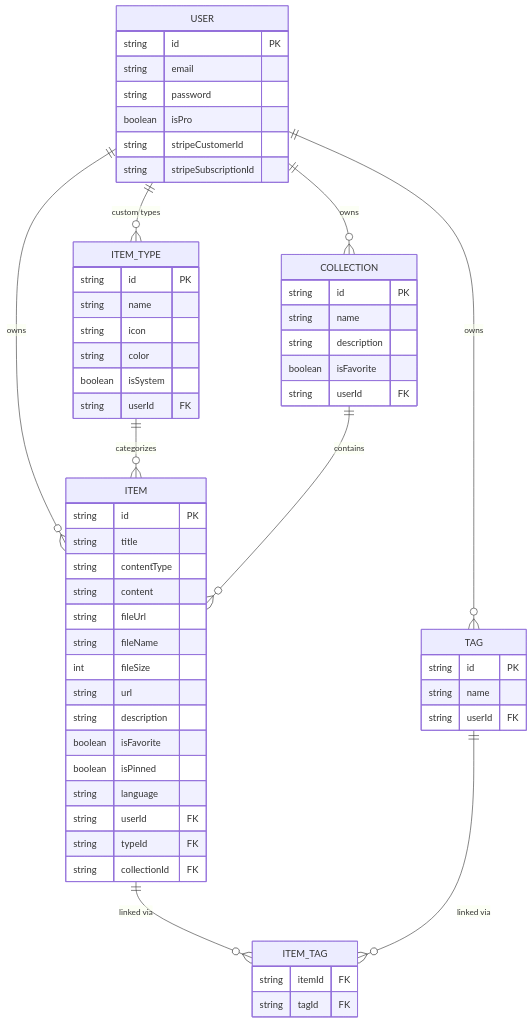
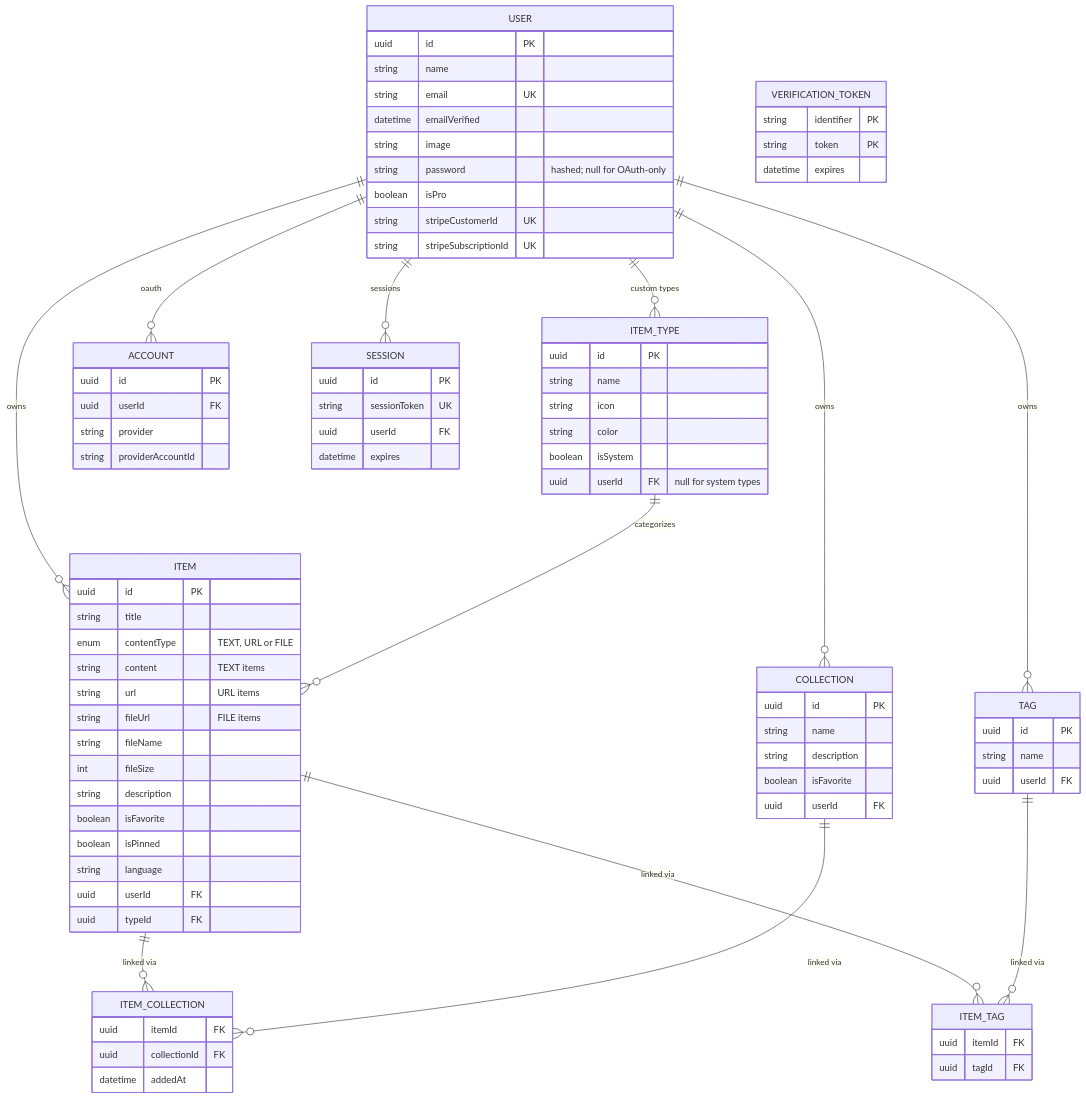
The first of 2 diagrams in context/project-overview.md (Nhukangasniemi/DeveloperStash), drawn with Mermaid before and after one commit. The commit also changed other lines of this file and 14 other files, not shown here.

````diff
--- a/context/project-overview.md
+++ b/context/project-overview.md
@@ -121,59 +121,86 @@
     USER ||--o{ COLLECTION : owns
     USER ||--o{ ITEM_TYPE : "custom types"
     USER ||--o{ TAG : owns
+    USER ||--o{ ACCOUNT : "oauth"
+    USER ||--o{ SESSION : "sessions"
 
     ITEM_TYPE ||--o{ ITEM : categorizes
-    COLLECTION ||--o{ ITEM : contains
+    ITEM ||--o{ ITEM_COLLECTION : "linked via"
+    COLLECTION ||--o{ ITEM_COLLECTION : "linked via"
     ITEM ||--o{ ITEM_TAG : "linked via"
     TAG ||--o{ ITEM_TAG : "linked via"
 
     USER {
-        string id PK
-        string email
-        string password
+        uuid id PK
+        string name
+        string email UK
+        datetime emailVerified
+        string image
+        string password "hashed; null for OAuth-only"
         boolean isPro
-        string stripeCustomerId
-        string stripeSubscriptionId
+        string stripeCustomerId UK
+        string stripeSubscriptionId UK
+    }
+    ACCOUNT {
+        uuid id PK
+        uuid userId FK
+        string provider
+        string providerAccountId
+    }
+    SESSION {
+        uuid id PK
+        string sessionToken UK
+        uuid userId FK
+        datetime expires
+    }
+    VERIFICATION_TOKEN {
+        string identifier PK
+        string token PK
+        datetime expires
     }
     ITEM {
-        string id PK
+        uuid id PK
         string title
-        string contentType
-        string content
-        string fileUrl
+        enum contentType "TEXT, URL or FILE"
+        string content "TEXT items"
+        string url "URL items"
+        string fileUrl "FILE items"
         string fileName
         int fileSize
-        string url
         string description
         boolean isFavorite
         boolean isPinned
         string language
-        string userId FK
-        string typeId FK
-        string collectionId FK
+        uuid userId FK
+        uuid typeId FK
     }
     ITEM_TYPE {
-        string id PK
+        uuid id PK
         string name
         string icon
         string color
         boolean isSystem
-        string userId FK
+        uuid userId FK "null for system types"
     }
     COLLECTION {
-        string id PK
+        uuid id PK
         string name
         string description
         boolean isFavorite
-        string userId FK
+        uuid userId FK
+    }
+    ITEM_COLLECTION {
+        uuid itemId FK
+        uuid collectionId FK
+        datetime addedAt
     }
     ITEM_TAG {
-        string itemId FK
-        string tagId FK
+        uuid itemId FK
+        uuid tagId FK
     }
     TAG {
-        string id PK
+        uuid id PK
         string name
-        string userId FK
+        uuid userId FK
     }
 ```
````
